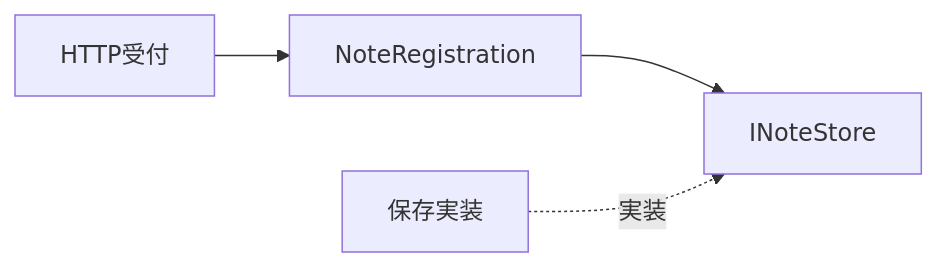
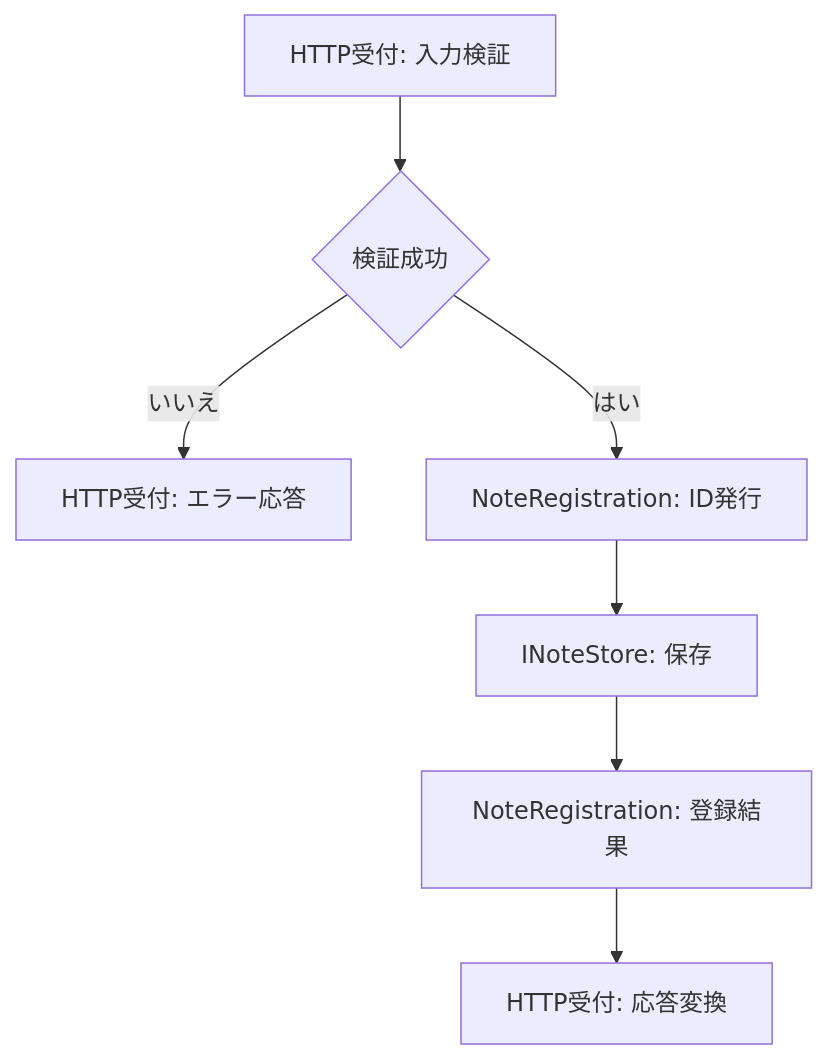
The first of 2 diagrams in specification-writing/examples/internal-specification.md (AkihiroFujimotoChocolate/notes), drawn with Mermaid before and after one commit. The commit also changed other lines of this file and 18 other files, not shown here.

````diff
--- a/specification-writing/examples/internal-specification.md
+++ b/specification-writing/examples/internal-specification.md
@@ -39,6 +30,9 @@
 ```mermaid
-flowchart LR
-    A[HTTP受付] --> B[NoteRegistration]
-    B --> C[INoteStore]
-    D[保存実装] -. 実装 .-> C
+flowchart TD
+    A[HTTP受付: 入力検証] --> B{検証成功}
+    B -->|いいえ| C[HTTP受付: エラー応答]
+    B -->|はい| D[NoteRegistration: ID発行]
+    D --> E[INoteStore: 保存]
+    E --> F[NoteRegistration: 登録結果]
+    F --> G[HTTP受付: 応答変換]
 ```
````
